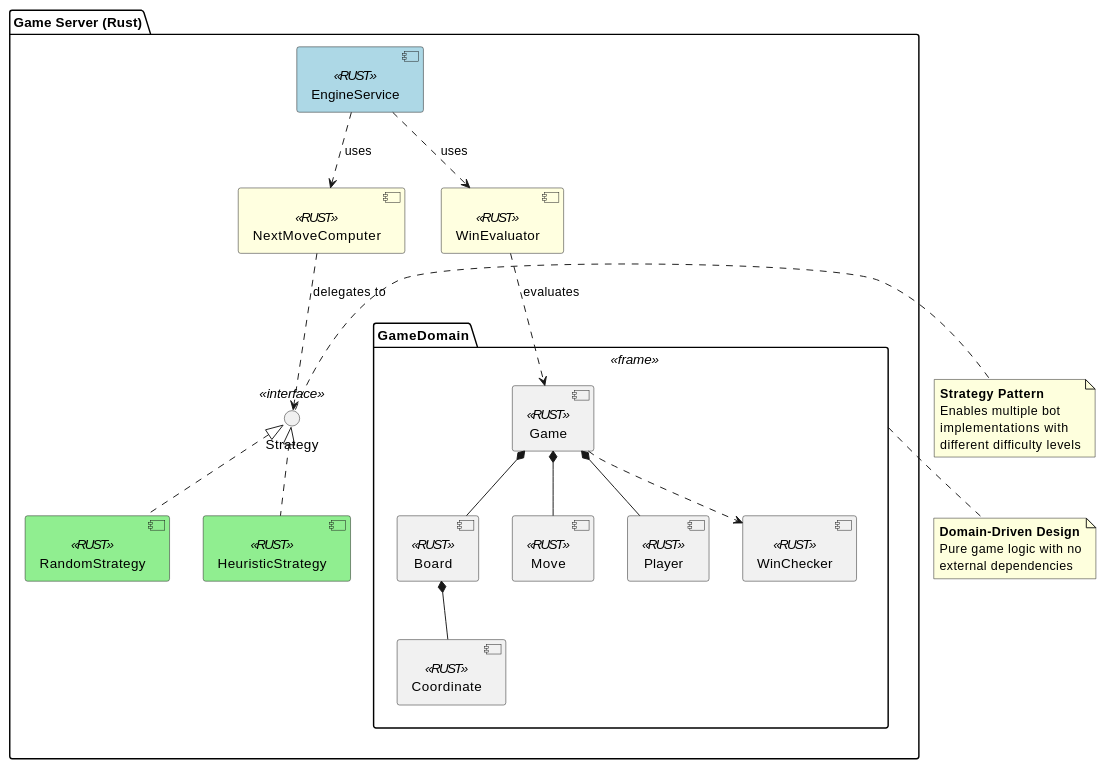
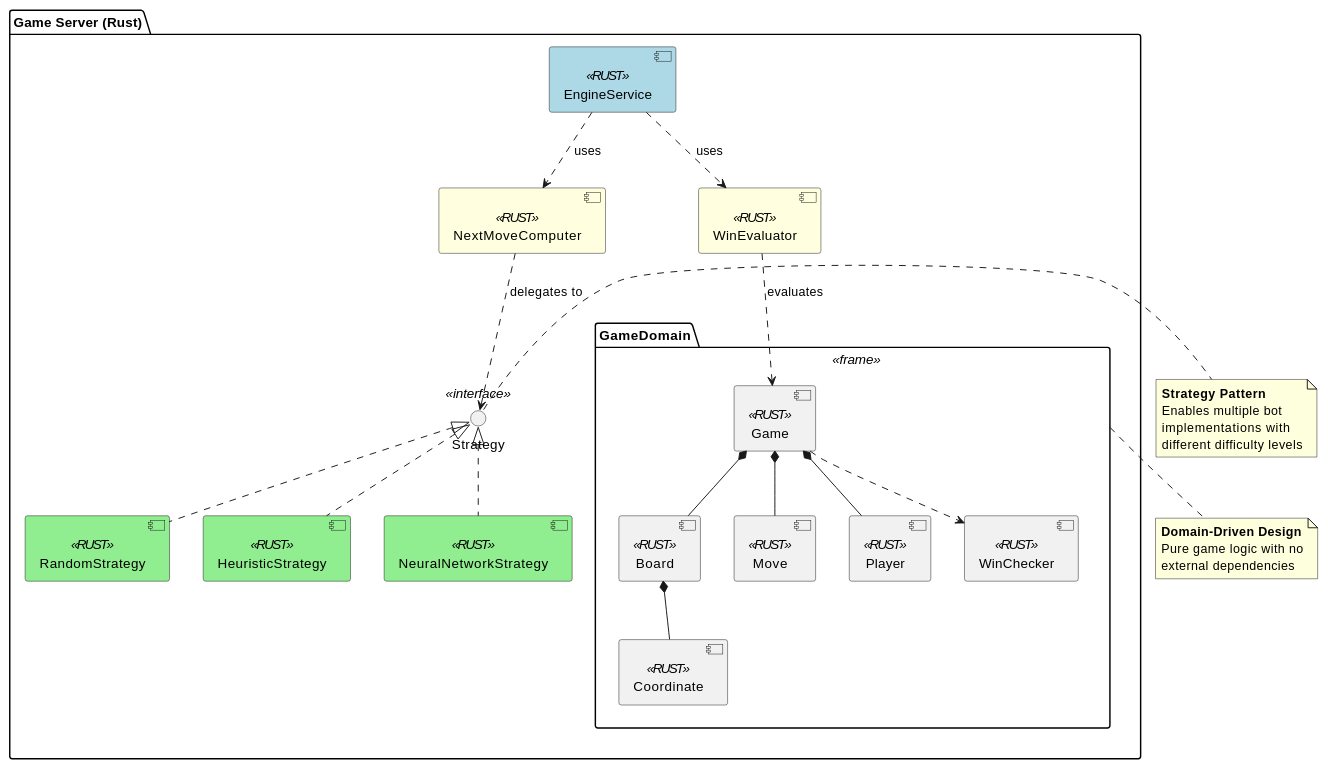
The fifth of 5 diagrams in docs/src/05_building_block_view.adoc (Arquisoft/yovi_es1c), drawn with PlantUML before and after one commit. The commit also changed other lines of this file and 7 other files, not shown here.

```diff
--- a/docs/src/05_building_block_view.adoc
+++ b/docs/src/05_building_block_view.adoc
@@ -429,53 +559,55 @@
 [plantuml, level2-gameserver, png]
 ----
 @startuml
 package "Game Server (Rust)" {
 
   component [EngineService] <<RUST>> #LightBlue
   component [NextMoveComputer] <<RUST>> #LightYellow
   component [WinEvaluator] <<RUST>> #LightYellow
 
   interface "Strategy" as IStrategy <<interface>>
   component [RandomStrategy] <<RUST>> #LightGreen
   component [HeuristicStrategy] <<RUST>> #LightGreen
+  component [NeuralNetworkStrategy] <<RUST>> #LightGreen
 
   package "GameDomain" <<frame>> {
     component [Game] <<RUST>>
     component [Board] <<RUST>>
     component [Move] <<RUST>>
     component [Player] <<RUST>>
     component [Coordinate] <<RUST>>
     component [WinChecker] <<RUST>>
   }
 }
 
 [EngineService] ..> [NextMoveComputer] : uses
 [EngineService] ..> [WinEvaluator] : uses
 
 [NextMoveComputer] ..> IStrategy : delegates to
 [WinEvaluator] ..> [Game] : evaluates
 
 IStrategy <|.. [RandomStrategy]
 IStrategy <|.. [HeuristicStrategy]
+IStrategy <|.. [NeuralNetworkStrategy]
 
 [Game] *-- [Board]
 [Game] *-- [Move]
 [Game] *-- [Player]
 [Board] *-- [Coordinate]
 [Game] ..> [WinChecker]
 
 note right of IStrategy
   **Strategy Pattern**
   Enables multiple bot
   implementations with
   different difficulty levels
 end note
 
 note bottom of GameDomain
   **Domain-Driven Design**
   Pure game logic with no
   external dependencies
 end note
 
 @enduml
 ----
```
